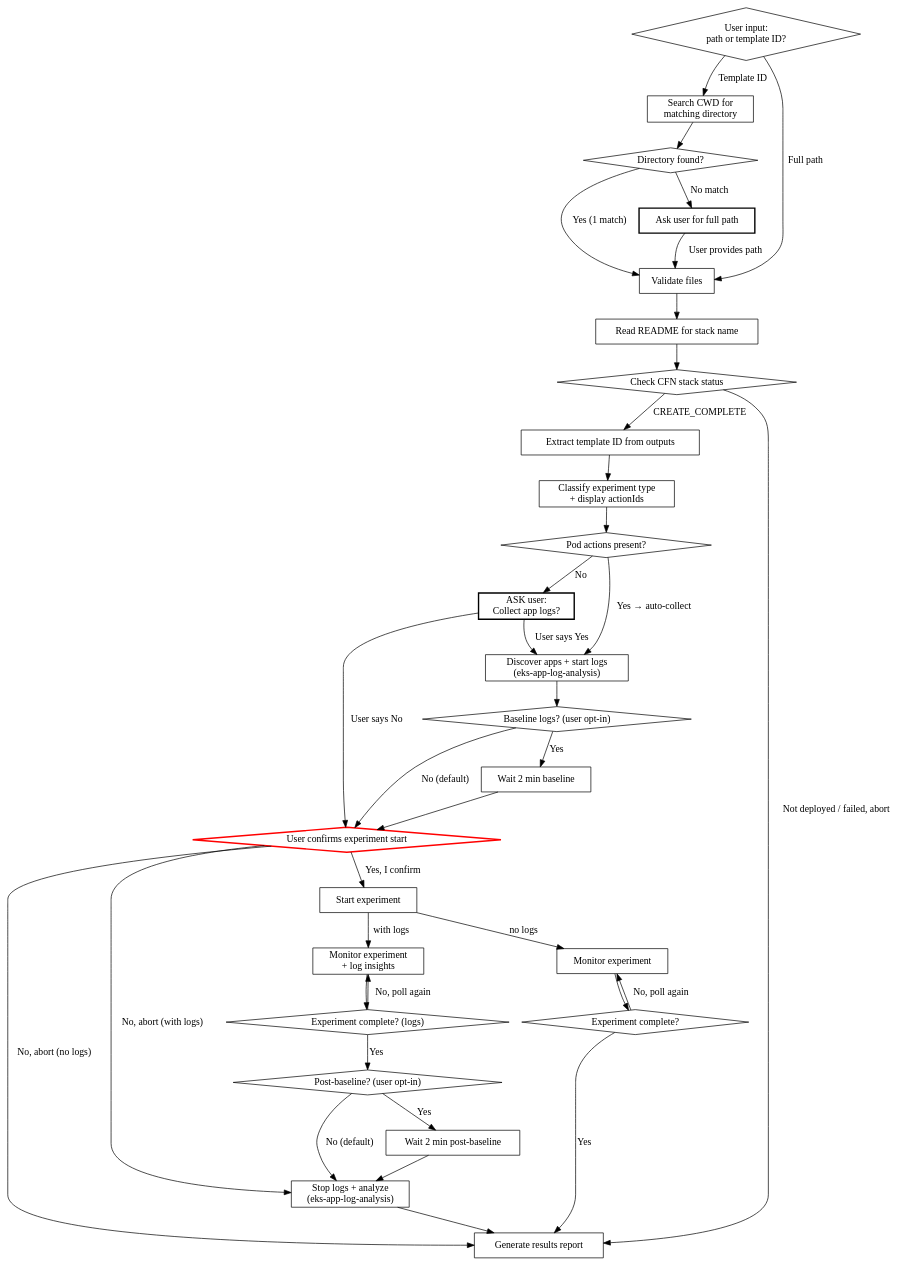
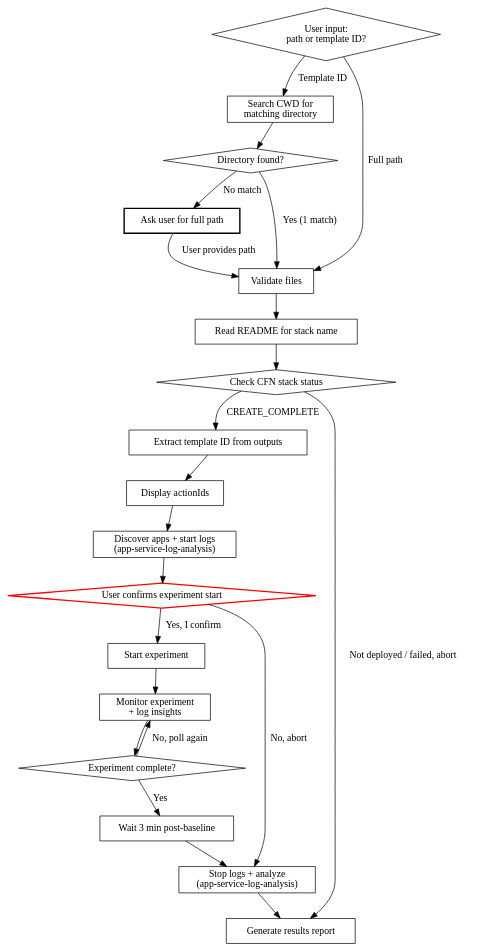
One commit to panlm/skills changed the diagram in aws-fis-experiment-execute/SKILL.md. Above: the diagram before and after it, drawn with Graphviz. The commit also changed other lines of this file and 16 other files, not shown here.

First line of the commit message:
refactor: simplify log collection (always-on), add 3-min post-baseline, rename eks-app-log-analysis to app-service-log-analysis

````diff
--- a/aws-fis-experiment-execute/SKILL.md
+++ b/aws-fis-experiment-execute/SKILL.md
@@ -35,64 +36,43 @@
 ```dot
 digraph execute_flow {
     "User input:\npath or template ID?" [shape=diamond];
     "Search CWD for\nmatching directory" [shape=box];
     "Directory found?" [shape=diamond];
     "Ask user for full path" [shape=box, style=bold];
     "Validate files" [shape=box];
     "Read README for stack name" [shape=box];
     "Check CFN stack status" [shape=diamond];
     "Extract template ID from outputs" [shape=box];
-    "Classify experiment type\n+ display actionIds" [shape=box];
-    "Pod actions present?" [shape=diamond];
-    "ASK user:\nCollect app logs?" [shape=box, style=bold];
-    "Discover apps + start logs\n(eks-app-log-analysis)" [shape=box];
-    "Baseline logs? (user opt-in)" [shape=diamond];
-    "Wait 2 min baseline" [shape=box];
+    "Display actionIds" [shape=box];
+    "Discover apps + start logs\n(app-service-log-analysis)" [shape=box];
     "User confirms experiment start" [shape=diamond, style=bold, color=red];
     "Start experiment" [shape=box];
-    "Monitor experiment" [shape=box];
     "Monitor experiment\n+ log insights" [shape=box];
     "Experiment complete?" [shape=diamond];
-    "Experiment complete? (logs)" [shape=diamond];
-    "Post-baseline? (user opt-in)" [shape=diamond];
-    "Wait 2 min post-baseline" [shape=box];
-    "Stop logs + analyze\n(eks-app-log-analysis)" [shape=box];
+    "Wait 3 min post-baseline" [shape=box];
+    "Stop logs + analyze\n(app-service-log-analysis)" [shape=box];
     "Generate results report" [shape=box];
 
     "User input:\npath or template ID?" -> "Validate files" [label="Full path"];
     "User input:\npath or template ID?" -> "Search CWD for\nmatching directory" [label="Template ID"];
     "Search CWD for\nmatching directory" -> "Directory found?";
     "Directory found?" -> "Validate files" [label="Yes (1 match)"];
     "Directory found?" -> "Ask user for full path" [label="No match"];
     "Ask user for full path" -> "Validate files" [label="User provides path"];
     "Validate files" -> "Read README for stack name";
     "Read README for stack name" -> "Check CFN stack status";
     "Check CFN stack status" -> "Extract template ID from outputs" [label="CREATE_COMPLETE"];
     "Check CFN stack status" -> "Generate results report" [label="Not deployed / failed, abort"];
-    "Extract template ID from outputs" -> "Classify experiment type\n+ display actionIds";
-    "Classify experiment type\n+ display actionIds" -> "Pod actions present?";
-    "Pod actions present?" -> "Discover apps + start logs\n(eks-app-log-analysis)" [label="Yes → auto-collect"];
-    "Pod actions present?" -> "ASK user:\nCollect app logs?" [label="No"];
-    "ASK user:\nCollect app logs?" -> "Discover apps + start logs\n(eks-app-log-analysis)" [label="User says Yes"];
-    "ASK user:\nCollect app logs?" -> "User confirms experiment start" [label="User says No"];
-    "Discover apps + start logs\n(eks-app-log-analysis)" -> "Baseline logs? (user opt-in)";
-    "Baseline logs? (user opt-in)" -> "Wait 2 min baseline" [label="Yes"];
-    "Baseline logs? (user opt-in)" -> "User confirms experiment start" [label="No (default)"];
-    "Wait 2 min baseline" -> "User confirms experiment start";
+    "Extract template ID from outputs" -> "Display actionIds";
+    "Display actionIds" -> "Discover apps + start logs\n(app-service-log-analysis)";
+    "Discover apps + start logs\n(app-service-log-analysis)" -> "User confirms experiment start";
     "User confirms experiment start" -> "Start experiment" [label="Yes, I confirm"];
-    "User confirms experiment start" -> "Generate results report" [label="No, abort (no logs)"];
-    "User confirms experiment start" -> "Stop logs + analyze\n(eks-app-log-analysis)" [label="No, abort (with logs)"];
-    "Start experiment" -> "Monitor experiment" [label="no logs"];
-    "Start experiment" -> "Monitor experiment\n+ log insights" [label="with logs"];
-    "Monitor experiment" -> "Experiment complete?";
-    "Monitor experiment\n+ log insights" -> "Experiment complete? (logs)";
-    "Experiment complete?" -> "Monitor experiment" [label="No, poll again"];
-    "Experiment complete?" -> "Generate results report" [label="Yes"];
-    "Experiment complete? (logs)" -> "Monitor experiment\n+ log insights" [label="No, poll again"];
-    "Experiment complete? (logs)" -> "Post-baseline? (user opt-in)" [label="Yes"];
-    "Post-baseline? (user opt-in)" -> "Wait 2 min post-baseline" [label="Yes"];
-    "Post-baseline? (user opt-in)" -> "Stop logs + analyze\n(eks-app-log-analysis)" [label="No (default)"];
-    "Wait 2 min post-baseline" -> "Stop logs + analyze\n(eks-app-log-analysis)";
-    "Stop logs + analyze\n(eks-app-log-analysis)" -> "Generate results report";
+    "User confirms experiment start" -> "Stop logs + analyze\n(app-service-log-analysis)" [label="No, abort"];
+    "Start experiment" -> "Monitor experiment\n+ log insights";
+    "Monitor experiment\n+ log insights" -> "Experiment complete?";
+    "Experiment complete?" -> "Monitor experiment\n+ log insights" [label="No, poll again"];
+    "Experiment complete?" -> "Wait 3 min post-baseline" [label="Yes"];
+    "Wait 3 min post-baseline" -> "Stop logs + analyze\n(app-service-log-analysis)";
+    "Stop logs + analyze\n(app-service-log-analysis)" -> "Generate results report";
 }
 ```
````
